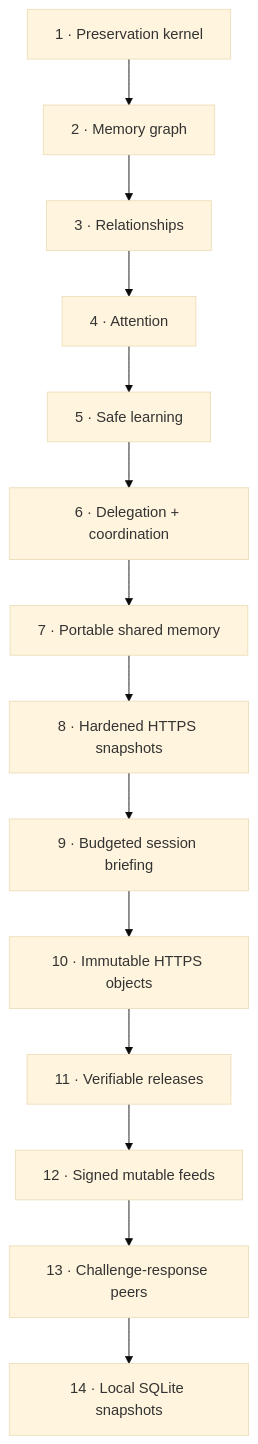
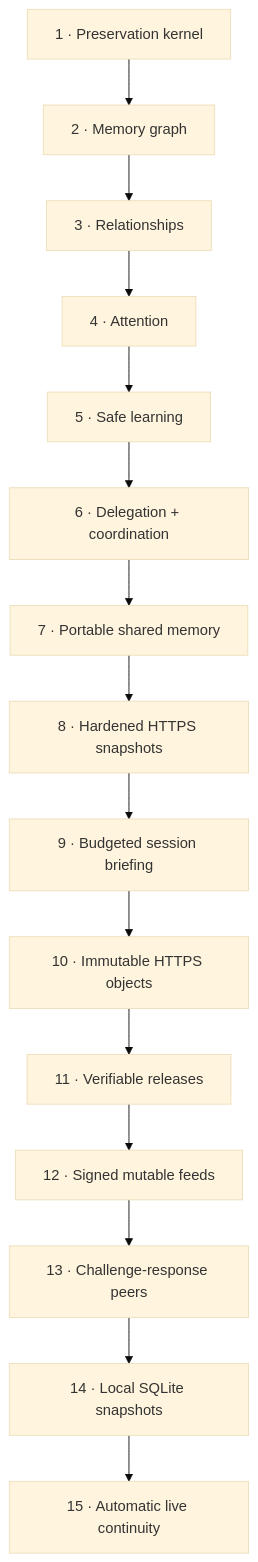
Before and after one commit to Maykbiletti/AgentSpine: the diagram in docs/roadmap.md, drawn with Mermaid (base theme). The commit also changed other lines of this file and 29 other files, not shown here.

Commit message:
feat: add automatic live session continuity

````diff
--- a/docs/roadmap.md
+++ b/docs/roadmap.md
@@ -5,16 +5,17 @@
 ```mermaid
 flowchart TB
     A["1 · Preservation kernel"] --> B["2 · Memory graph"]
     B --> C["3 · Relationships"]
     C --> D["4 · Attention"]
     D --> E["5 · Safe learning"]
     E --> F["6 · Delegation + coordination"]
     F --> G["7 · Portable shared memory"]
     G --> H["8 · Hardened HTTPS snapshots"]
     H --> I["9 · Budgeted session briefing"]
     I --> J["10 · Immutable HTTPS objects"]
     J --> K["11 · Verifiable releases"]
     K --> L["12 · Signed mutable feeds"]
     L --> M["13 · Challenge-response peers"]
     M --> N["14 · Local SQLite snapshots"]
+    N --> O["15 · Automatic live continuity"]
 ```
````
